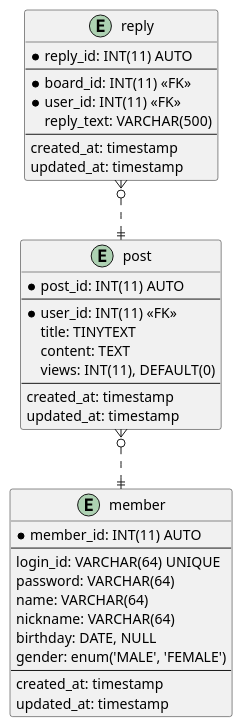
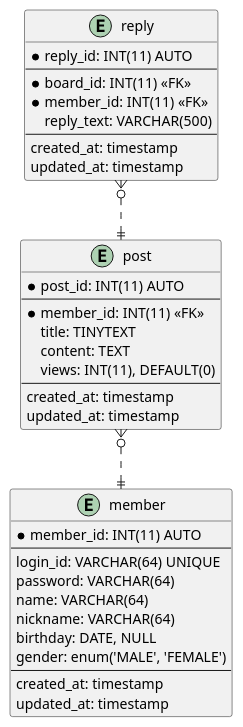
The diagram in Resources/model.plantuml (daumtto53/mini_board), drawn with PlantUML before and after one commit.

Commit message:
docs(erd): attribute user_id -> member_id

```diff
--- a/Resources/model.plantuml
+++ b/Resources/model.plantuml
@@ -1,43 +1,43 @@
 @startuml
 
 entity "post" as post {
 	*post_id: INT(11) AUTO
 	--
-	*user_id: INT(11) <<FK>>
+	*member_id: INT(11) <<FK>>
 	title: TINYTEXT
 	content: TEXT
 	views: INT(11), DEFAULT(0)
 	--
 	created_at: timestamp
 	updated_at: timestamp
 }
 
 entity "member" as member {
 	*member_id: INT(11) AUTO
 	--
 	login_id: VARCHAR(64) UNIQUE
 	password: VARCHAR(64)
 	name: VARCHAR(64)
 	nickname: VARCHAR(64)
 	birthday: DATE, NULL
 	gender: enum('MALE', 'FEMALE')
 	--
 	created_at: timestamp
 	updated_at: timestamp
 }
 
 entity "reply" as reply {
 	*reply_id: INT(11) AUTO
 	--
 	*board_id: INT(11) <<FK>>
-	*user_id: INT(11) <<FK>>
+	*member_id: INT(11) <<FK>>
 	reply_text: VARCHAR(500)
 	--
 	created_at: timestamp
 	updated_at: timestamp
 }
 
 post	}o..||	member
 reply	}o..||	post
 
 @enduml
```
